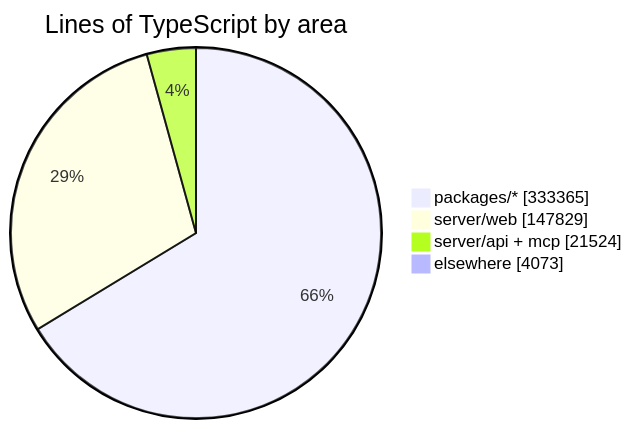
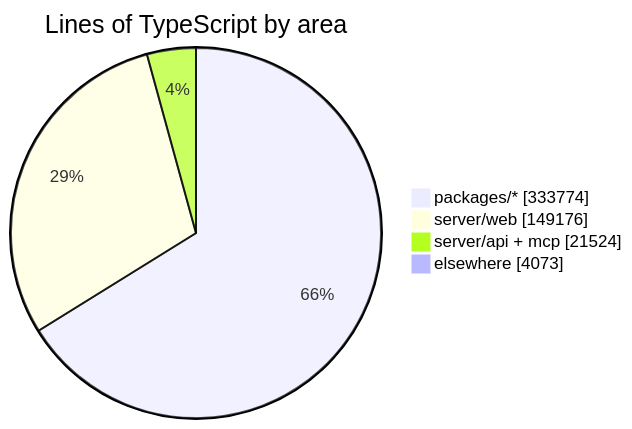
The diagram in README.md (crossworks-engineering/mantle), drawn with Mermaid before and after one commit. The commit also changed other lines of this file and 2 other files, not shown here.

````diff
--- a/README.md
+++ b/README.md
@@ -294,7 +294,7 @@
 ```mermaid
 pie showData title Lines of TypeScript by area
-    "packages/*" : 333365
-    "server/web" : 147829
+    "packages/*" : 333774
+    "server/web" : 149176
     "server/api + mcp" : 21524
     "elsewhere" : 4073
 ```
````
